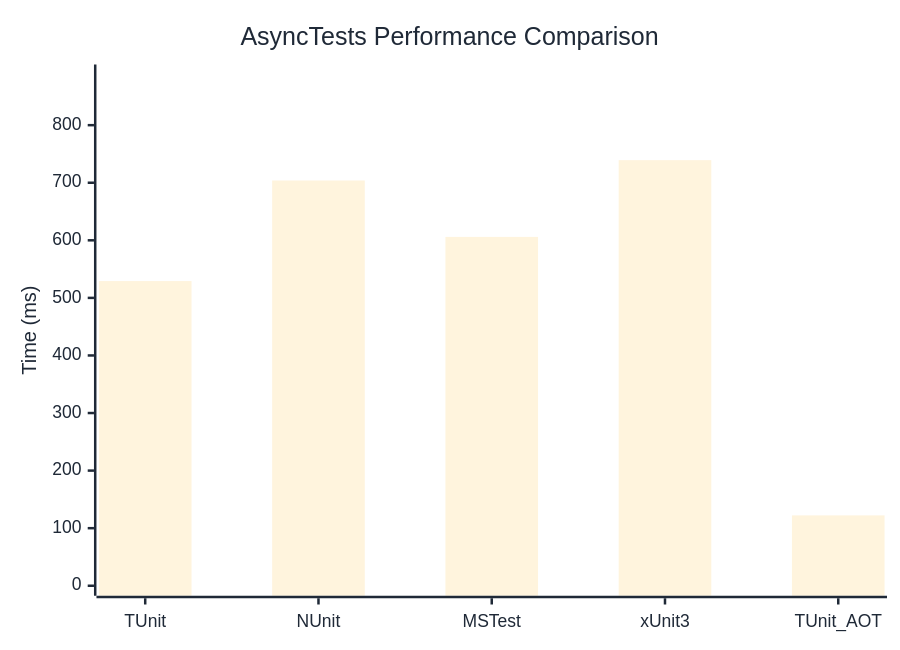
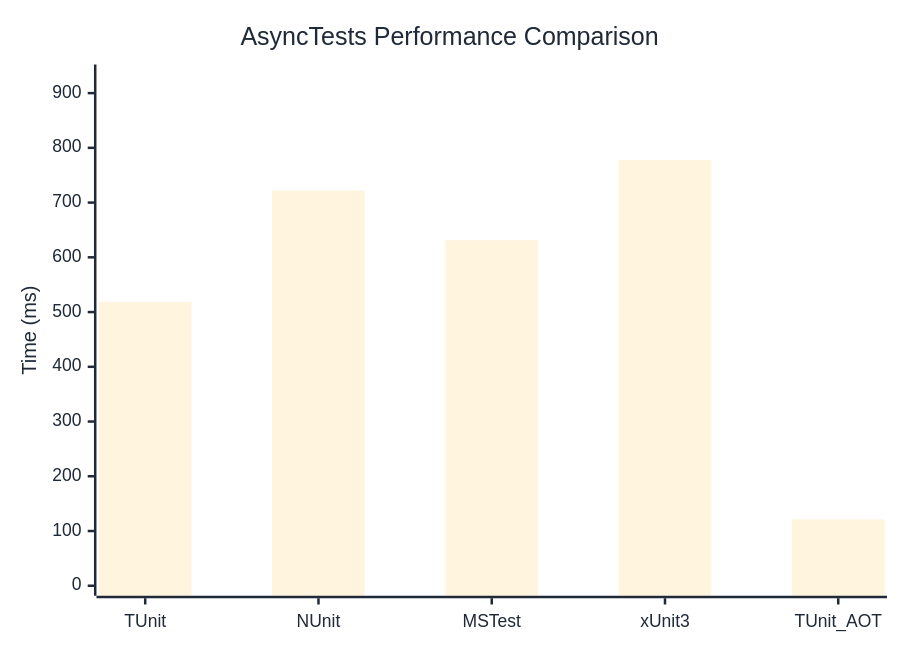
One commit to thomhurst/TUnit changed the diagram in docs/docs/benchmarks/AsyncTests.md. Above: the diagram before and after it, drawn with Mermaid. The commit also changed other lines of this file and 17 other files, not shown here.

````diff
--- a/docs/docs/benchmarks/AsyncTests.md
+++ b/docs/docs/benchmarks/AsyncTests.md
@@ -27,37 +27,37 @@
 ```mermaid
 %%{init: {
   'theme':'base',
   'themeVariables': {
     'primaryColor': '#2563eb',
     'primaryTextColor': '#1f2937',
     'primaryBorderColor': '#1e40af',
     'lineColor': '#6b7280',
     'secondaryColor': '#7c3aed',
     'tertiaryColor': '#dc2626',
     'background': '#ffffff',
     'mainBkg': '#2563eb',
     'secondBkg': '#7c3aed',
     'tertiaryBkg': '#dc2626',
     'clusterBkg': '#f3f4f6',
     'edgeLabelBackground': '#ffffff',
     'tertiaryTextColor': '#1f2937',
     'pie1': '#2563eb',
     'pie2': '#7c3aed',
     'pie3': '#dc2626',
     'pie4': '#f59e0b',
     'pie5': '#10b981',
     'pie6': '#06b6d4',
     'pie7': '#ec4899',
     'pie8': '#6366f1',
     'pie9': '#84cc16',
     'pie10': '#f97316',
     'pie11': '#14b8a6',
     'pie12': '#a855f7'
   }
 }}%%
 xychart-beta
   title "AsyncTests Performance Comparison"
   x-axis ["TUnit", "NUnit", "MSTest", "xUnit3", "TUnit_AOT"]
-  y-axis "Time (ms)" 0 --> 888
-  bar [529.2, 703.9, 605.9, 739.2, 122.2]
+  y-axis "Time (ms)" 0 --> 934
+  bar [518.7, 721.9, 631.2, 777.9, 121.1]
 ```
````
